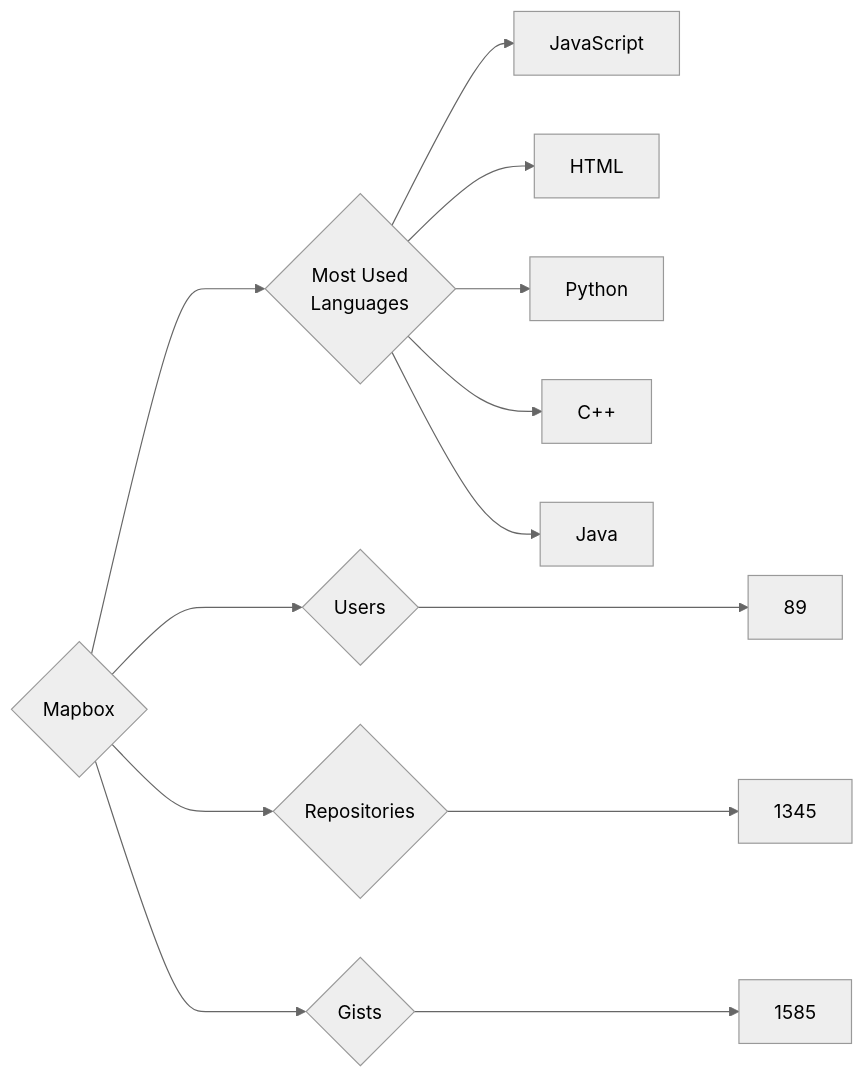
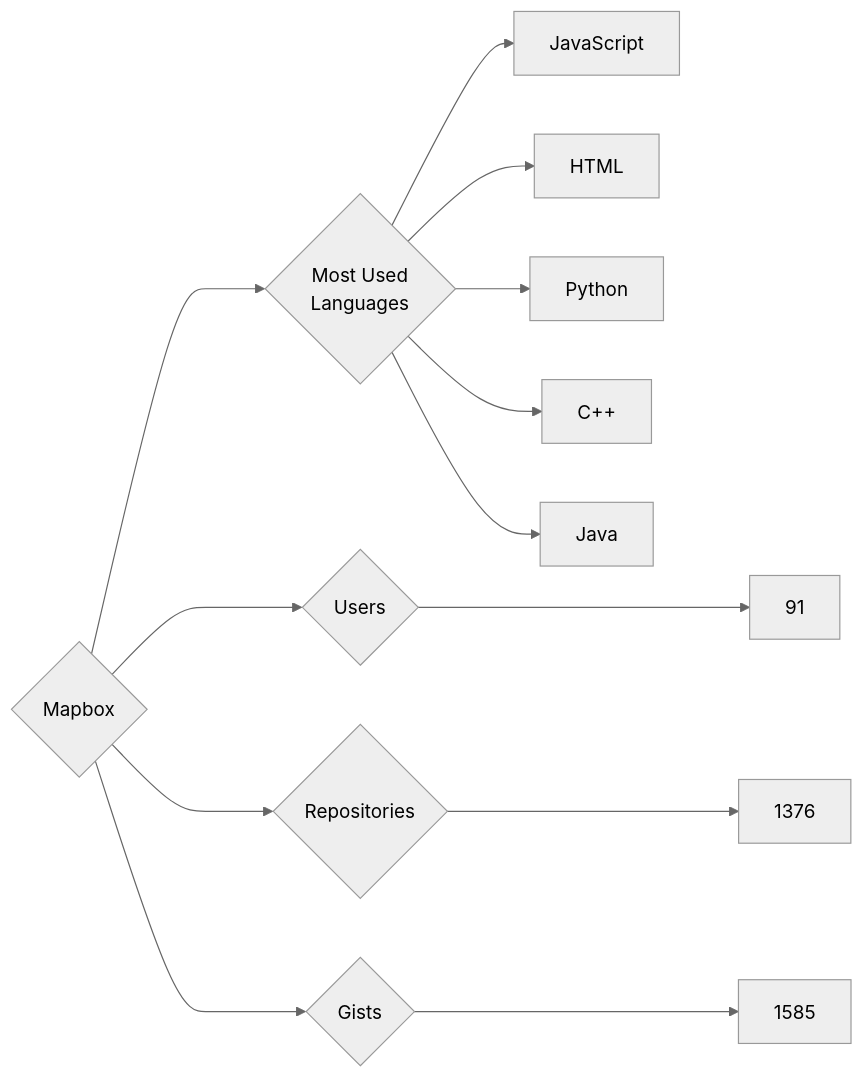
Before and after one commit to trickest/insiders: the diagram in targets/Mapbox/README.md, drawn with Mermaid (neutral theme). The commit also changed 799 other files, not shown here.

````diff
--- a/targets/Mapbox/README.md
+++ b/targets/Mapbox/README.md
@@ -3,13 +3,13 @@
 ```mermaid
 graph LR
 COMPANY_NAME{Mapbox}
-COMPANY_NAME ---> U{Users} ---> UN[89]
-COMPANY_NAME ---> R{Repositories} ---> RN[1345]
+COMPANY_NAME ---> U{Users} ---> UN[91]
+COMPANY_NAME ---> R{Repositories} ---> RN[1376]
 COMPANY_NAME ---> G{Gists} ---> GN[1585]
 COMPANY_NAME ---> ML{Most Used<br>Languages}
 ML --> JavaScript[JavaScript]
 ML --> HTML[HTML]
 ML --> Python[Python]
 ML --> C++[C++]
 ML --> Java[Java]
 ```
````
